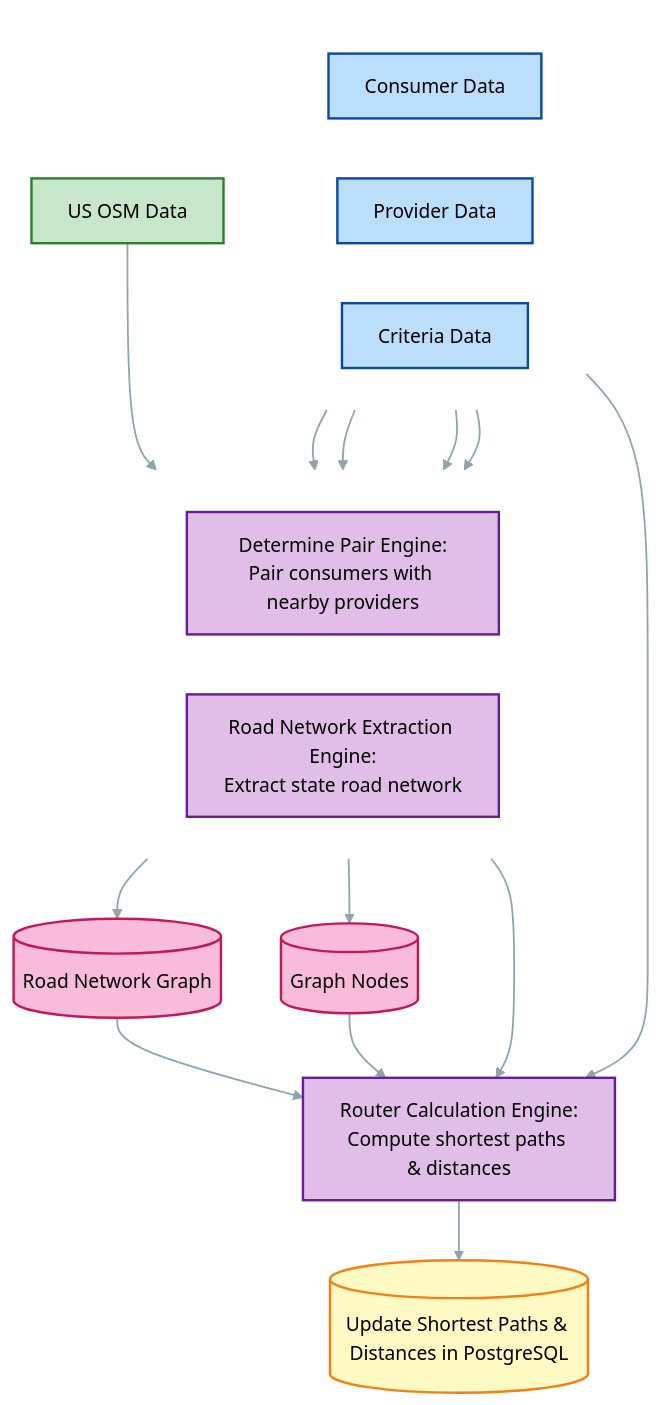
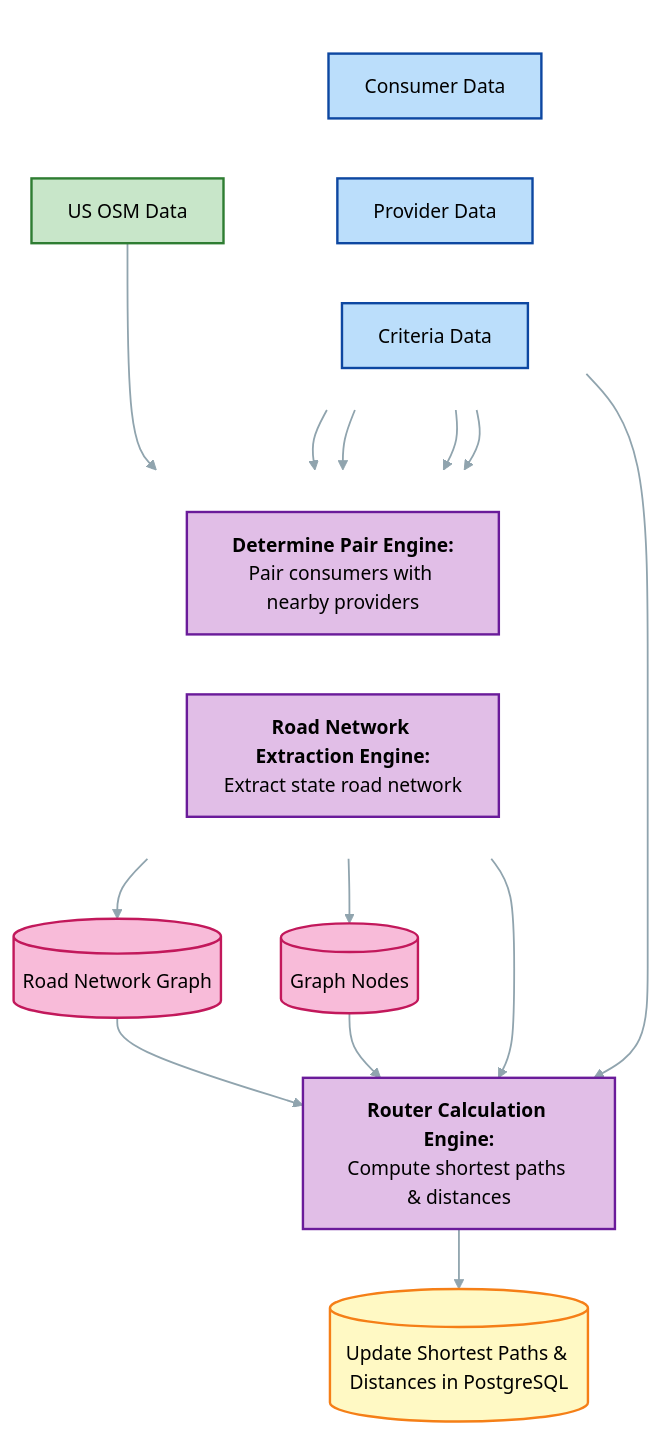
One commit to amritrajpatra/test-project changed the diagram in Network Adequacy 2.md. Above: the diagram before and after it, drawn with Mermaid (neutral theme).

````diff
--- a/Network Adequacy 2.md
+++ b/Network Adequacy 2.md
@@ -9,53 +9,53 @@
 ```mermaid
 flowchart TD
     subgraph ROW1 [ ]
         direction LR
         CONSUMER[Consumer Data]
         PROVIDER[Provider Data]
         CRITERIA[Criteria Data]
     end
 
     OSM[US OSM Data]
 
     subgraph ROW2 [ ]
         direction LR
-        PAIR[Determine Pair Engine:<br/>Pair consumers with nearby providers]
-        EXTRACT[Road Network Extraction Engine:<br/>Extract state road network]
+        PAIR[<strong>Determine Pair Engine:</strong><br/>Pair consumers with nearby providers]
+        EXTRACT[<strong>Road Network Extraction Engine:</strong><br/>Extract state road network]
     end
 
     GRAPH[(Road Network Graph)]
     NODE[(Graph Nodes)]
     
-    ROUTER[Router Calculation Engine:<br/>Compute shortest paths & distances]
+    ROUTER[<strong>Router Calculation Engine:</strong><br/>Compute shortest paths & distances]
     
     OUTPUT[(Update Shortest Paths & Distances in PostgreSQL)]
 
     CONSUMER --> PAIR
     PROVIDER --> PAIR
     CRITERIA --> PAIR
     CRITERIA --> EXTRACT
     OSM --> EXTRACT
     EXTRACT --> GRAPH
     EXTRACT --> NODE
     PAIR --> ROUTER
     GRAPH --> ROUTER
     NODE --> ROUTER
     CONSUMER --> ROUTER
     ROUTER --> OUTPUT
 
     style ROW1 fill:none,stroke:none
     style ROW2 fill:none,stroke:none
 
     style CONSUMER fill:#bbdefb,stroke:#0d47a1,stroke-width:2px,color:#000
     style PROVIDER fill:#bbdefb,stroke:#0d47a1,stroke-width:2px,color:#000
     style CRITERIA fill:#bbdefb,stroke:#0d47a1,stroke-width:2px,color:#000
     style OSM fill:#c8e6c9,stroke:#2e7d32,stroke-width:2px,color:#000
     style PAIR fill:#e1bee7,stroke:#6a1b9a,stroke-width:2px,color:#000
     style EXTRACT fill:#e1bee7,stroke:#6a1b9a,stroke-width:2px,color:#000
     style GRAPH fill:#f8bbd9,stroke:#c2185b,stroke-width:2px,color:#000
     style NODE fill:#f8bbd9,stroke:#c2185b,stroke-width:2px,color:#000
     style ROUTER fill:#e1bee7,stroke:#6a1b9a,stroke-width:2px,color:#000
     style OUTPUT fill:#fff9c4,stroke:#f57f17,stroke-width:2px,color:#000
 
     linkStyle default stroke:#90a4ae,stroke-width:1.5px
 ```
````
